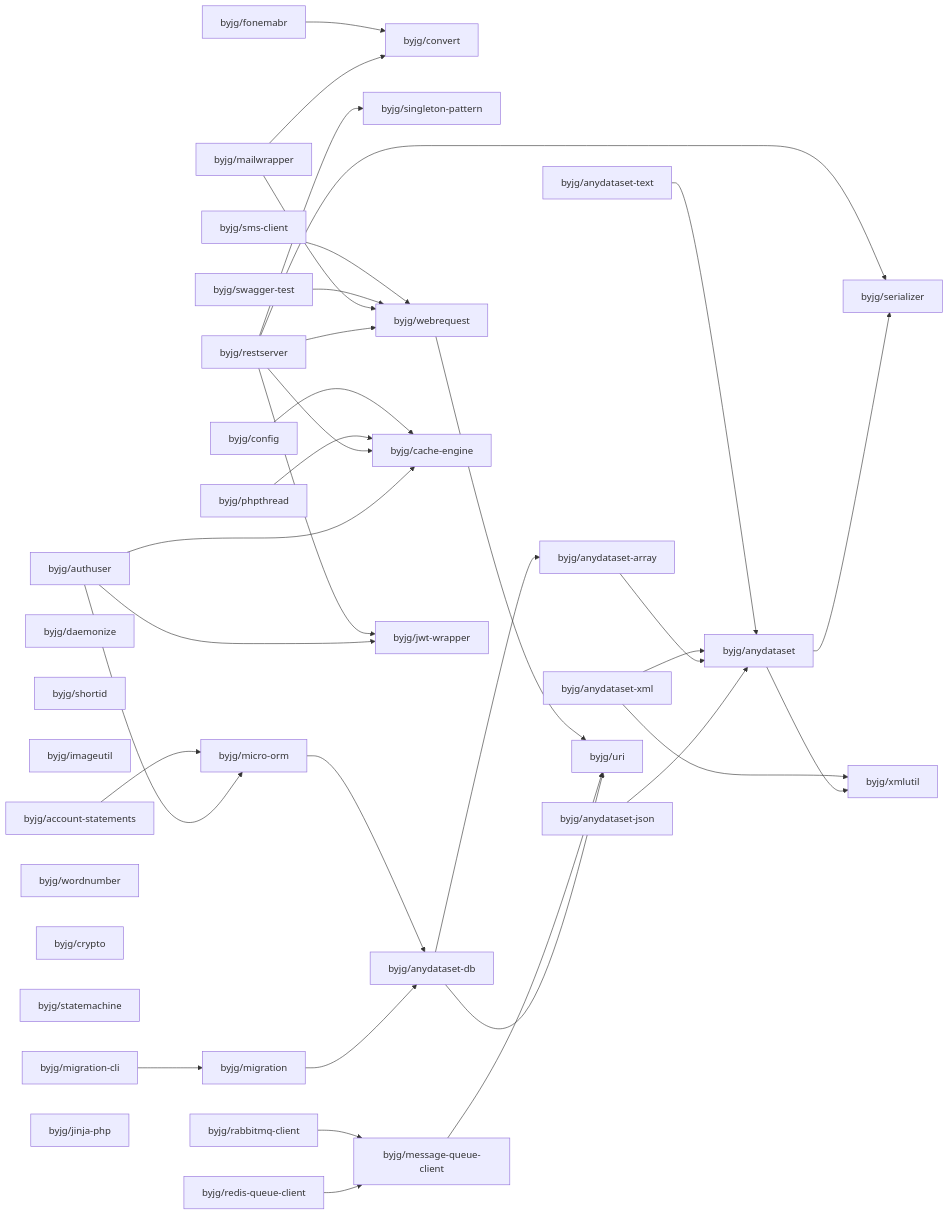
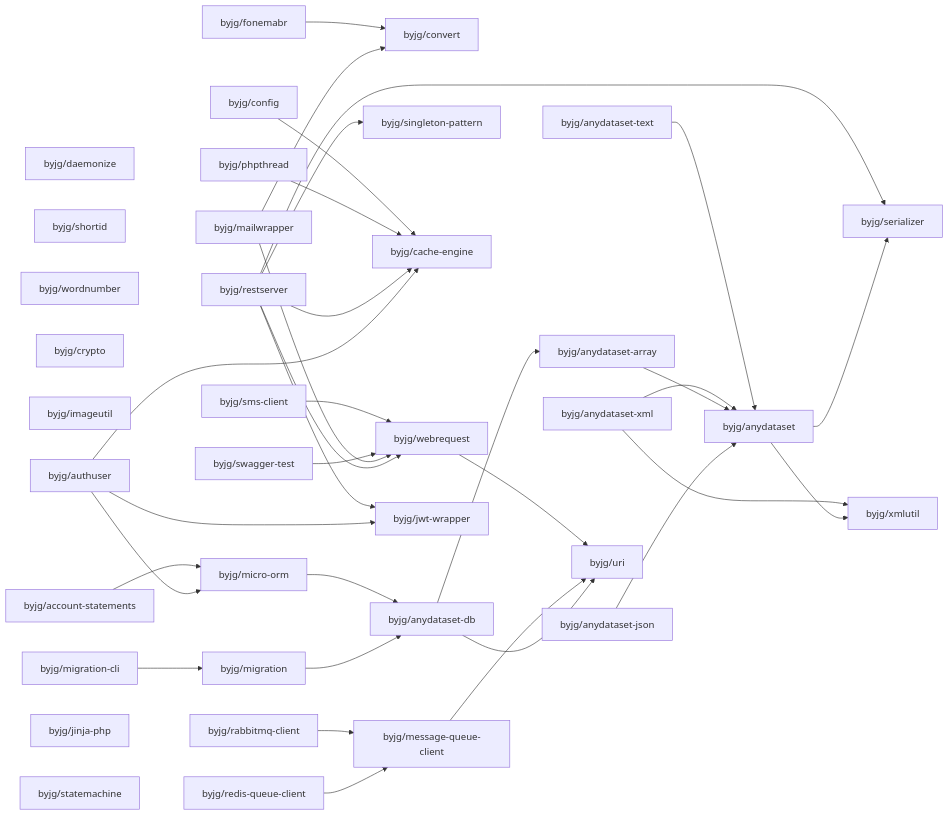
One commit to byjg/byjg.github.io changed the diagram in php/README.md. Above: the diagram before and after it, drawn with Mermaid. The commit also changed other lines of this file and 1 other file, not shown here.

````diff
--- a/php/README.md
+++ b/php/README.md
@@ -3,71 +3,71 @@
 ```mermaid
 graph LR;
+  byjg/fonemabr;
+  byjg/swagger-test;
+  byjg/phpthread;
   byjg/anydataset-json;
+  byjg/sms-client;
+  byjg/rabbitmq-client;
+  byjg/anydataset-xml;
   byjg/mailwrapper;
-  byjg/sms-client;
-  byjg/fonemabr;
-  byjg/account-statements;
-  byjg/swagger-test;
-  byjg/restserver;
+  byjg/daemonize;
+  byjg/anydataset-text;
   byjg/config;
-  byjg/rabbitmq-client;
-  byjg/redis-queue-client;
-  byjg/daemonize;
   byjg/shortid;
-  byjg/anydataset-xml;
-  byjg/phpthread;
-  byjg/imageutil;
-  byjg/anydataset-text;
-  byjg/migration-cli;
   byjg/wordnumber;
   byjg/crypto;
-  byjg/statemachine;
+  byjg/imageutil;
+  byjg/redis-queue-client;
+  byjg/account-statements;
+  byjg/migration-cli;
   byjg/authuser;
   byjg/jinja-php;
+  byjg/restserver;
+  byjg/statemachine;
   byjg/convert;
-  byjg/singleton-pattern;
-  byjg/webrequest;
   byjg/message-queue-client;
   byjg/migration;
   byjg/micro-orm;
+  byjg/singleton-pattern;
   byjg/cache-engine;
+  byjg/webrequest;
   byjg/jwt-wrapper;
   byjg/anydataset-db;
   byjg/anydataset-array;
   byjg/uri;
   byjg/anydataset;
   byjg/serializer;
   byjg/xmlutil;
   byjg/sms-client --> byjg/webrequest;
   byjg/fonemabr --> byjg/convert;
   byjg/config --> byjg/cache-engine;
   byjg/anydataset-text --> byjg/anydataset;
   byjg/webrequest --> byjg/uri;
   byjg/account-statements --> byjg/micro-orm;
   byjg/rabbitmq-client --> byjg/message-queue-client;
   byjg/micro-orm --> byjg/anydataset-db;
   byjg/phpthread --> byjg/cache-engine;
   byjg/swagger-test --> byjg/webrequest;
   byjg/anydataset-xml --> byjg/anydataset;
   byjg/anydataset-xml --> byjg/xmlutil;
   byjg/anydataset-array --> byjg/anydataset;
   byjg/mailwrapper --> byjg/convert;
   byjg/mailwrapper --> byjg/webrequest;
   byjg/message-queue-client --> byjg/uri;
   byjg/anydataset-db --> byjg/anydataset-array;
   byjg/anydataset-db --> byjg/uri;
   byjg/anydataset-json --> byjg/anydataset;
   byjg/migration --> byjg/anydataset-db;
   byjg/redis-queue-client --> byjg/message-queue-client;
   byjg/restserver --> byjg/serializer;
   byjg/restserver --> byjg/singleton-pattern;
   byjg/restserver --> byjg/cache-engine;
   byjg/restserver --> byjg/webrequest;
   byjg/restserver --> byjg/jwt-wrapper;
   byjg/authuser --> byjg/micro-orm;
   byjg/authuser --> byjg/cache-engine;
   byjg/authuser --> byjg/jwt-wrapper;
   byjg/migration-cli --> byjg/migration;
   byjg/anydataset --> byjg/serializer;
   byjg/anydataset --> byjg/xmlutil;
 ```
````
